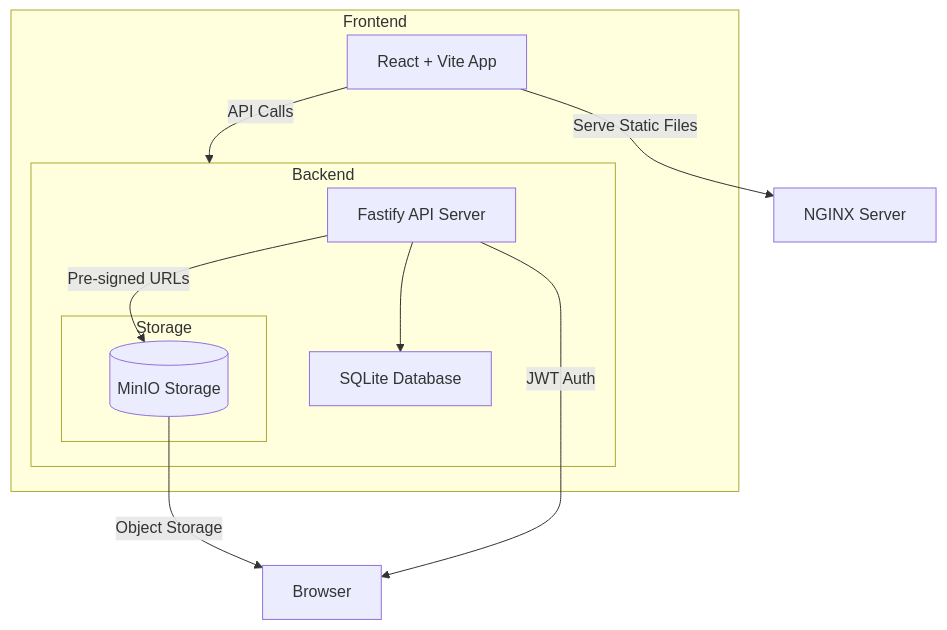
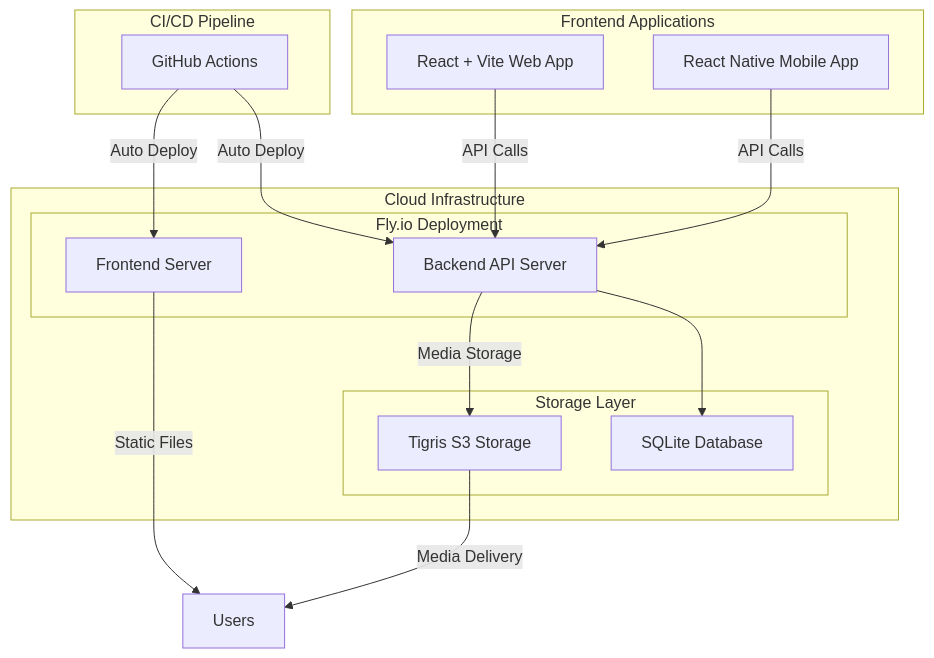
The diagram in README.md (nooreldeensalah/Media_Sharing_Platform), drawn with Mermaid before and after one commit. The commit also changed other lines of this file and 4 other files, not shown here.

````diff
--- a/README.md
+++ b/README.md
@@ -23,25 +71,32 @@
 ```mermaid
 graph TD
-  subgraph Frontend
-    ReactApp[React + Vite App]
-    ReactApp --->|API Calls| Backend
+  subgraph "Frontend Applications"
+    ReactApp[React + Vite Web App]
+    ReactNative[React Native Mobile App]
   end
 
-  subgraph Backend
-    Fastify[Fastify API Server]
-    SQLite[SQLite Database]
-    MinIO[MinIO Storage Server]
-    Fastify --> SQLite
-    Fastify -->|Pre-signed URLs| MinIO
+  subgraph "Cloud Infrastructure"
+    subgraph "Fly.io Deployment"
+      Frontend[Frontend Server]
+      Backend[Backend API Server]
+    end
 
-    subgraph Storage
-        MinIO[(MinIO Storage)]
-      end
+    subgraph "Storage Layer"
+      Tigris[Tigris S3 Storage]
+      SQLite[SQLite Database]
+    end
   end
 
+  subgraph "CI/CD Pipeline"
+    GitHub[GitHub Actions]
+    GitHub -->|Auto Deploy| Frontend
+    GitHub -->|Auto Deploy| Backend
+  end
 
-
-  ReactApp -->|Serve Static Files| NGINX[NGINX Server]
-  MinIO -->|Object Storage| ClientBrowser[Browser]
-  Fastify -->|JWT Auth| ClientBrowser[Browser]
+  ReactApp -->|API Calls| Backend
+  ReactNative -->|API Calls| Backend
+  Backend --> SQLite
+  Backend -->|Media Storage| Tigris
+  Frontend -->|Static Files| Users[Users]
+  Tigris -->|Media Delivery| Users
 ```
````
